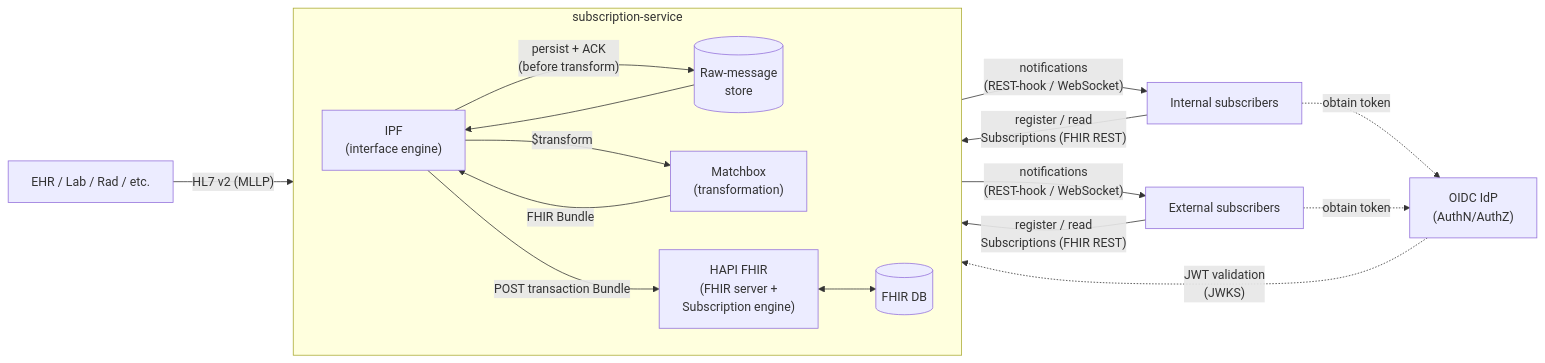
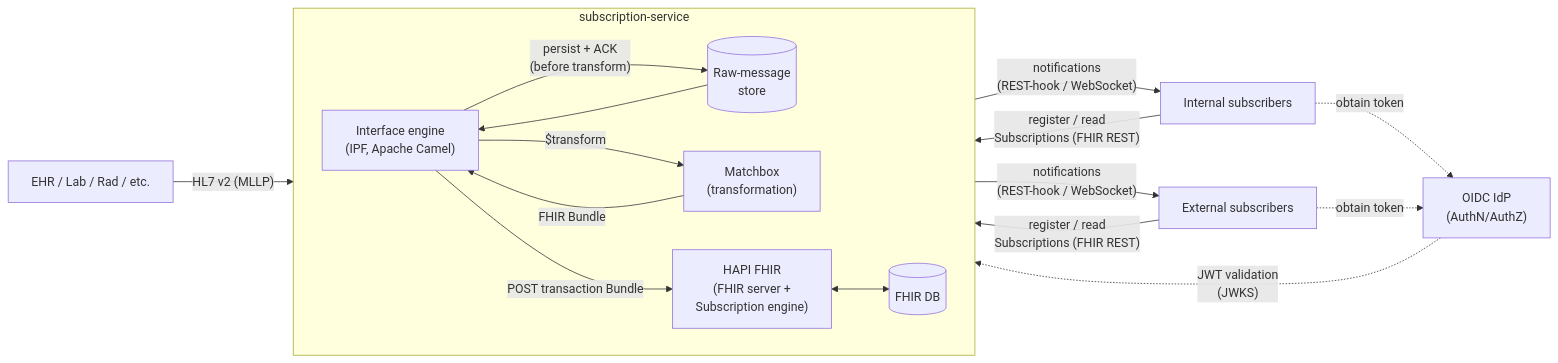
Before and after one commit to bzimbelman/fhir-ehr-subscriptions-service: the third of 3 diagrams in README.md, drawn with Mermaid. The commit also changed other lines of this file and 1 other file, not shown here.

````diff
--- a/README.md
+++ b/README.md
@@ -63,35 +105,35 @@
 ```mermaid
 flowchart LR
     sources["EHR / Lab / Rad / etc."]
 
     subgraph svc["subscription-service"]
         direction LR
-        ipf["IPF<br/>(interface engine)"]
+        ipf["Interface engine<br/>(IPF, Apache Camel)"]
         raw[("Raw-message<br/>store")]
         matchbox["Matchbox<br/>(transformation)"]
         hapi["HAPI FHIR<br/>(FHIR server +<br/>Subscription engine)"]
         fhirdb[("FHIR DB")]
     end
 
     idp["OIDC IdP<br/>(AuthN/AuthZ)"]
 
     int_sub["Internal subscribers"]
     ext_sub["External subscribers"]
 
     sources -->|"HL7 v2 (MLLP)"| ipf
     ipf -->|"persist + ACK<br/>(before transform)"| raw
     raw --> ipf
     ipf -->|"$transform"| matchbox
     matchbox -->|"FHIR Bundle"| ipf
     ipf -->|"POST transaction Bundle"| hapi
     hapi <--> fhirdb
 
     int_sub -->|"register / read<br/>Subscriptions (FHIR REST)"| hapi
     ext_sub -->|"register / read<br/>Subscriptions (FHIR REST)"| hapi
     hapi -->|"notifications<br/>(REST-hook / WebSocket)"| int_sub
     hapi -->|"notifications<br/>(REST-hook / WebSocket)"| ext_sub
 
     idp -.->|"JWT validation<br/>(JWKS)"| hapi
     int_sub -.->|"obtain token"| idp
     ext_sub -.->|"obtain token"| idp
 ```
````
